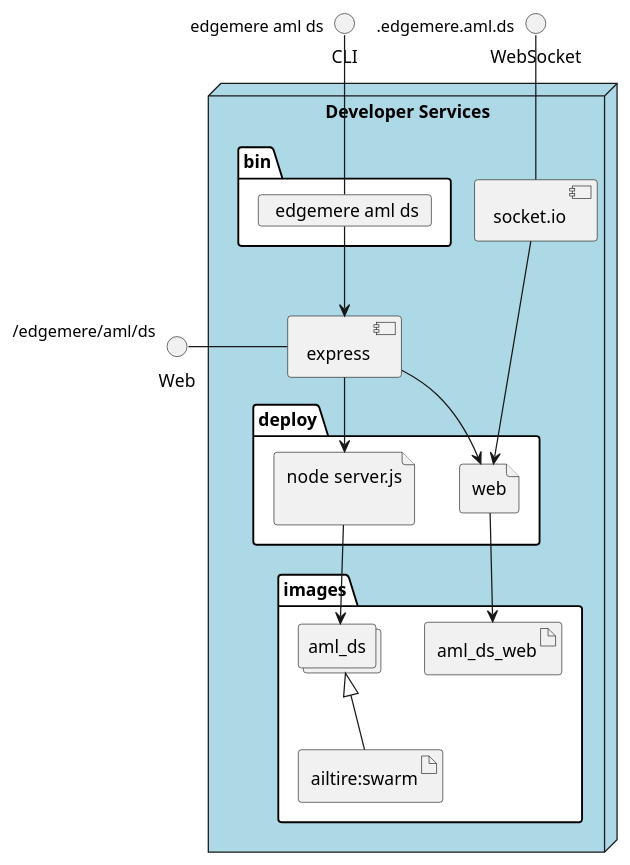
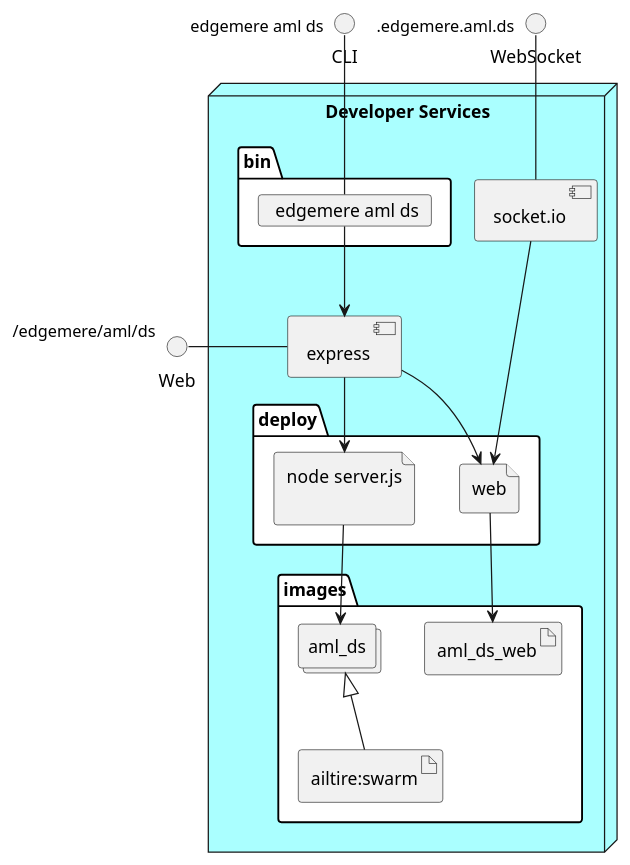
One commit to madajaju/edgemere changed the diagram in docs/edgemere/aml/ds/envs/dev/physicalOld.puml. Above: the diagram before and after it, drawn with PlantUML. The commit also changed 909 other files, not shown here.

```diff
--- a/docs/edgemere/aml/ds/envs/dev/physicalOld.puml
+++ b/docs/edgemere/aml/ds/envs/dev/physicalOld.puml
@@ -1,39 +1,39 @@
 @startuml
   interface CLI
   interface Web
   interface WebSocket
-node "Developer Services" #lightblue {
+node "Developer Services" #aaffff {
   component express as REST
   component socket.io as socket
   folder bin #ffffff {
     card " edgemere aml ds" as binName
   }
   binName --> REST
 
   folder deploy #ffffff {
       file "node server.js\n" as aml_ds_container
       REST --> aml_ds_container
 
   
     file "web" as web_container
     REST --> web_container
     socket ---> web_container
   
   }
   folder images #ffffff {
     collections "aml_ds" as aml_dsimage
     artifact "ailtire:swarm" as ailtireswarm
     aml_dsimage <|-- ailtireswarm
     aml_ds_container --> aml_dsimage
 
   
       artifact "aml_ds_web" as aml_ds_web
       web_container --> aml_ds_web
     
   }
 }
 CLI " edgemere aml ds" -- binName
 Web "/edgemere/aml/ds" - REST
 WebSocket ".edgemere.aml.ds" -- socket
 
 @enduml
```
